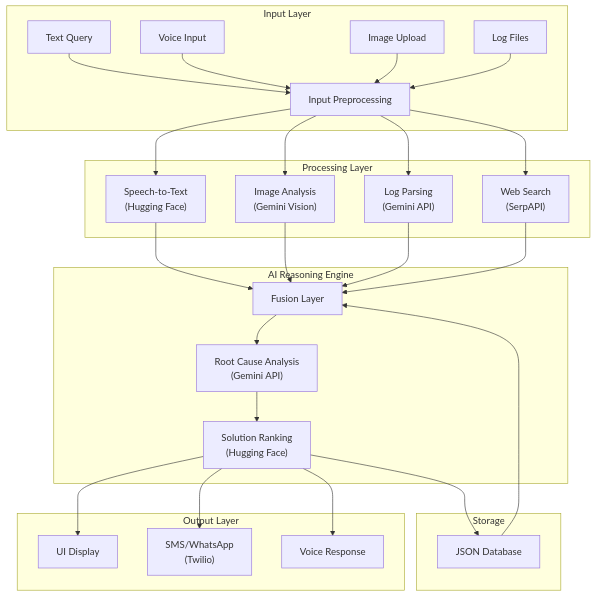
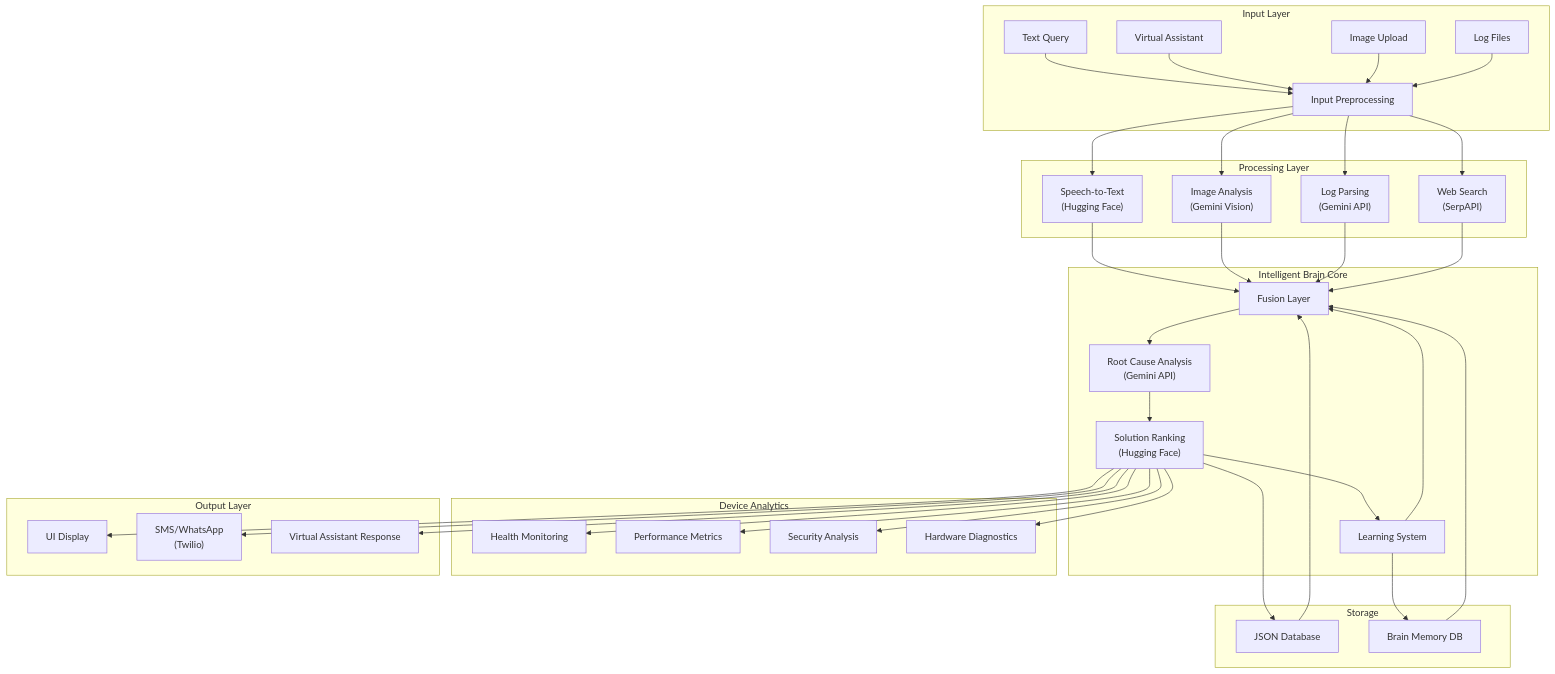
The first of 2 diagrams in README.md (codexcherry/SmartFix-AI), drawn with Mermaid before and after one commit.

````diff
--- a/README.md
+++ b/README.md
@@ -30,48 +30,65 @@
 ```mermaid
 flowchart TD
     subgraph "Input Layer"
         A1["Text Query"] --> B
-        A2["Voice Input"] --> B
+        A2["Virtual Assistant"] --> B
         A3["Image Upload"] --> B
         A4["Log Files"] --> B
         B["Input Preprocessing"]
     end
     
     subgraph "Processing Layer"
         C1["Speech-to-Text<br/>(Hugging Face)"]
         C2["Image Analysis<br/>(Gemini Vision)"]
         C3["Log Parsing<br/>(Gemini API)"]
         C4["Web Search<br/>(SerpAPI)"]
         B --> C1
         B --> C2
         B --> C3
         B --> C4
     end
     
-    subgraph "AI Reasoning Engine"
+    subgraph "Intelligent Brain Core"
         D["Fusion Layer"]
         E["Root Cause Analysis<br/>(Gemini API)"]
         F["Solution Ranking<br/>(Hugging Face)"]
+        G["Learning System"]
         C1 --> D
         C2 --> D
         C3 --> D
         C4 --> D
         D --> E
         E --> F
+        F --> G
+        G --> D
+    end
+    
+    subgraph "Device Analytics"
+        H1["Health Monitoring"]
+        H2["Performance Metrics"]
+        H3["Security Analysis"]
+        H4["Hardware Diagnostics"]
+        F --> H1
+        F --> H2
+        F --> H3
+        F --> H4
     end
     
     subgraph "Output Layer"
-        G1["UI Display"]
-        G2["SMS/WhatsApp<br/>(Twilio)"]
-        G3["Voice Response"]
-        F --> G1
-        F --> G2
-        F --> G3
+        I1["UI Display"]
+        I2["SMS/WhatsApp<br/>(Twilio)"]
+        I3["Virtual Assistant Response"]
+        F --> I1
+        F --> I2
+        F --> I3
     end
     
     subgraph "Storage"
-        H["JSON Database"]
-        F --> H
-        H --> D
+        J["JSON Database"]
+        K["Brain Memory DB"]
+        F --> J
+        G --> K
+        J --> D
+        K --> D
     end
 ```
````
